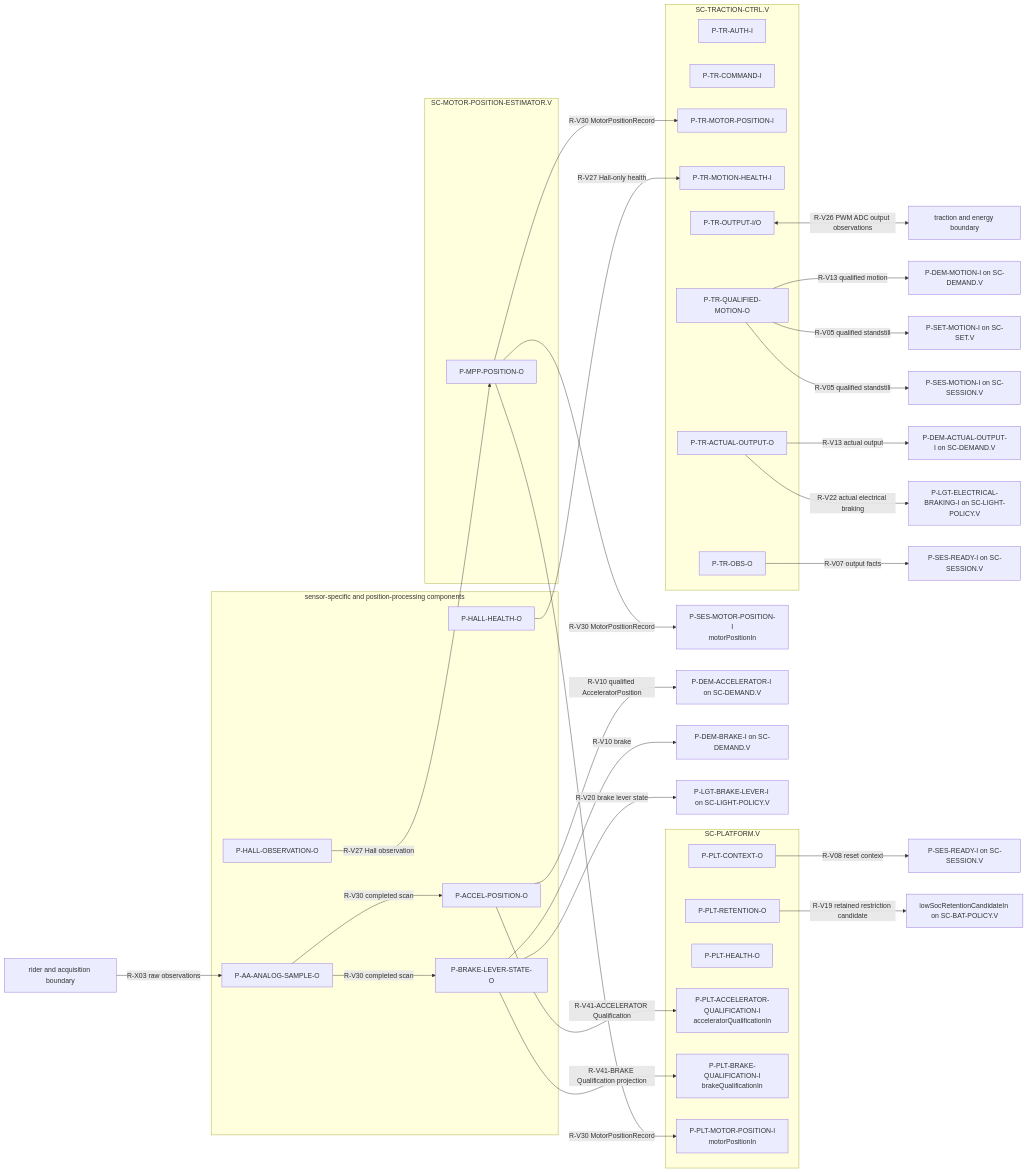
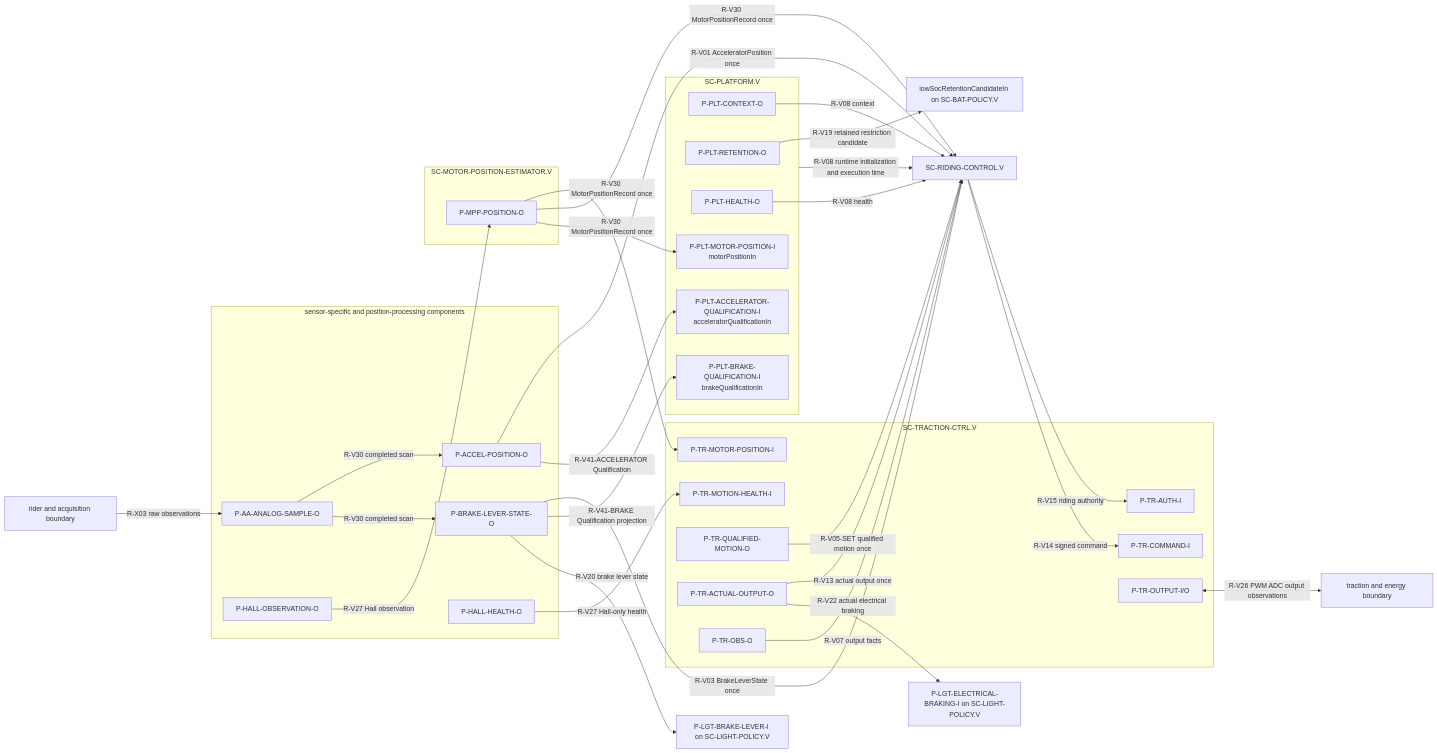
The third of 4 diagrams in .devenv/Architecture/SoftwareArchitecture/ARCH-003_Software_Architecture.md (dhellhake/X2CityMCU), drawn with Mermaid before and after one commit. The commit also changed other lines of this file and 93 other files, not shown here.

Commit message:
Refactored RidingControl on System Architecture

````diff
--- a/.devenv/Architecture/SoftwareArchitecture/ARCH-003_Software_Architecture.md
+++ b/.devenv/Architecture/SoftwareArchitecture/ARCH-003_Software_Architecture.md
@@ -319,53 +289,59 @@
 ```mermaid
 flowchart LR
     subgraph SNS[sensor-specific and position-processing components]
         AAO[P-AA-ANALOG-SAMPLE-O]
         APO[P-ACCEL-POSITION-O]
         BSO[P-BRAKE-LEVER-STATE-O]
         HPO[P-HALL-OBSERVATION-O]
         HHO[P-HALL-HEALTH-O]
     end
     subgraph MPP[SC-MOTOR-POSITION-ESTIMATOR.V]
         MPO[P-MPP-POSITION-O]
     end
+    RC[SC-RIDING-CONTROL.V]
     subgraph TR[SC-TRACTION-CTRL.V]
         TAI[P-TR-AUTH-I]
         TCI2[P-TR-COMMAND-I]
         THI[P-TR-MOTOR-POSITION-I]
         TMH[P-TR-MOTION-HEALTH-I]
         TIO[P-TR-OUTPUT-I/O]
         TMO[P-TR-QUALIFIED-MOTION-O]
         TAO[P-TR-ACTUAL-OUTPUT-O]
         TOB[P-TR-OBS-O]
     end
     subgraph PLT[SC-PLATFORM.V]
         PCO[P-PLT-CONTEXT-O]
         PRO[P-PLT-RETENTION-O]
         PHO[P-PLT-HEALTH-O]
-        AQI[P-PLT-ACCELERATOR-QUALIFICATION-I\nacceleratorQualificationIn]
-        BQI[P-PLT-BRAKE-QUALIFICATION-I\nbrakeQualificationIn]
-        MPI[P-PLT-MOTOR-POSITION-I\nmotorPositionIn]
+        AQI[P-PLT-ACCELERATOR-QUALIFICATION-I
+acceleratorQualificationIn]
+        BQI[P-PLT-BRAKE-QUALIFICATION-I
+brakeQualificationIn]
+        MPI[P-PLT-MOTOR-POSITION-I
+motorPositionIn]
     end
     RAW[rider and acquisition boundary] -->|R-X03 raw observations| AAO
     AAO -->|R-V30 completed scan| APO
     AAO -->|R-V30 completed scan| BSO
     HPO -->|R-V27 Hall observation| MPO
-    MPO -->|R-V30 MotorPositionRecord| THI
-    MPO -->|R-V30 MotorPositionRecord| SMI3[P-SES-MOTOR-POSITION-I\nmotorPositionIn]
-    MPO -->|R-V30 MotorPositionRecord| MPI
+    MPO -->|R-V30 MotorPositionRecord once| THI
+    MPO -->|R-V30 MotorPositionRecord once| RC
+    MPO -->|R-V30 MotorPositionRecord once| MPI
     TIO <-->|R-V26 PWM ADC output observations| HW[traction and energy boundary]
-    PCO -->|R-V08 reset context| SEDI3[P-SES-READY-I on SC-SESSION.V]
+    PCO -->|R-V08 context| RC
+    PHO -->|R-V08 health| RC
+    PLT -->|R-V08 runtime initialization and execution time| RC
     PRO -->|R-V19 retained restriction candidate| LSRI[lowSocRetentionCandidateIn on SC-BAT-POLICY.V]
-    APO -->|R-V10 qualified AcceleratorPosition| DAI2[P-DEM-ACCELERATOR-I on SC-DEMAND.V]
+    APO -->|R-V01 AcceleratorPosition once| RC
     APO -->|R-V41-ACCELERATOR Qualification| AQI
+    BSO -->|R-V03 BrakeLeverState once| RC
     BSO -->|R-V41-BRAKE Qualification projection| BQI
-    BSO -->|R-V10 brake| DBI2[P-DEM-BRAKE-I on SC-DEMAND.V]
-    TOB -->|R-V07 output facts| SEDI2[P-SES-READY-I on SC-SESSION.V]
+    TOB -->|R-V07 output facts| RC
     HHO -->|R-V27 Hall-only health| TMH
-    TMO -->|R-V13 qualified motion| DMI2[P-DEM-MOTION-I on SC-DEMAND.V]
-    TMO -->|R-V05 qualified standstill| SMI2[P-SET-MOTION-I on SC-SET.V]
-    TMO -->|R-V05 qualified standstill| SEMI2[P-SES-MOTION-I on SC-SESSION.V]
-    TAO -->|R-V13 actual output| DAO2[P-DEM-ACTUAL-OUTPUT-I on SC-DEMAND.V]
+    TMO -->|R-V05-SET qualified motion once| RC
+    TAO -->|R-V13 actual output once| RC
+    RC -->|R-V15 riding authority| TAI
+    RC -->|R-V14 signed command| TCI2
     BSO -->|R-V20 brake lever state| LBI2[P-LGT-BRAKE-LEVER-I on SC-LIGHT-POLICY.V]
     TAO -->|R-V22 actual electrical braking| LEBI2[P-LGT-ELECTRICAL-BRAKING-I on SC-LIGHT-POLICY.V]
 ```
````
